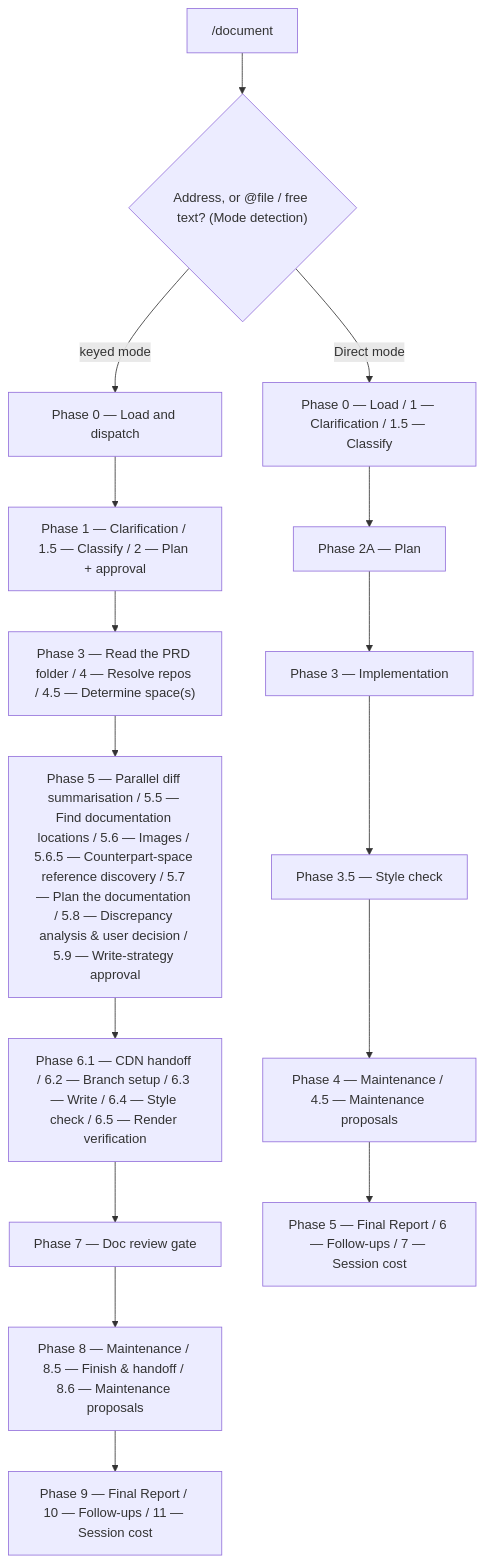
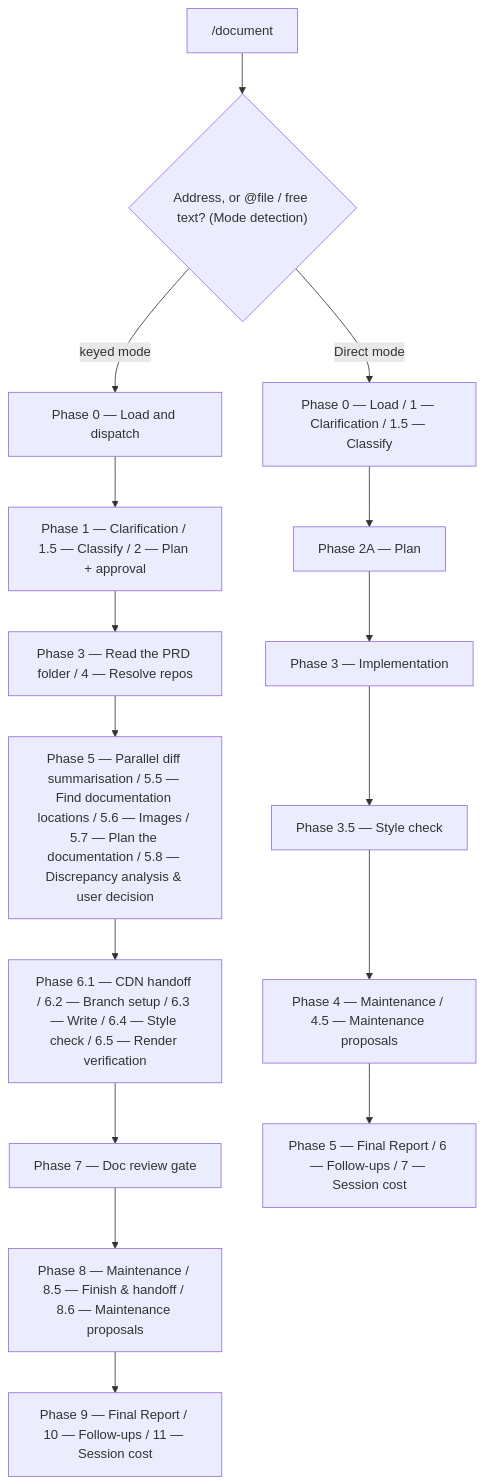
One commit to ihudak/ihudak-claude-plugins changed the diagram in plugins/dev-workflows/docs/commands/document.md. Above: the diagram before and after it, drawn with Mermaid. The commit also changed other lines of this file and 63 other files, not shown here.

````diff
--- a/plugins/dev-workflows/docs/commands/document.md
+++ b/plugins/dev-workflows/docs/commands/document.md
@@ -29,18 +29,18 @@
 ```mermaid
 flowchart TD
     IN["/document"] --> MD{"Address, or @file / free text? (Mode detection)"}
     MD -- "keyed mode" --> A0["Phase 0 — Load and dispatch"]
     A0 --> A12["Phase 1 — Clarification / 1.5 — Classify / 2 — Plan + approval"]
-    A12 --> A345["Phase 3 — Read the PRD folder / 4 — Resolve repos / 4.5 — Determine space(s)"]
-    A345 --> A59["Phase 5 — Parallel diff summarisation / 5.5 — Find documentation locations / 5.6 — Images / 5.6.5 — Counterpart-space reference discovery / 5.7 — Plan the documentation / 5.8 — Discrepancy analysis & user decision / 5.9 — Write-strategy approval"]
+    A12 --> A345["Phase 3 — Read the PRD folder / 4 — Resolve repos"]
+    A345 --> A59["Phase 5 — Parallel diff summarisation / 5.5 — Find documentation locations / 5.6 — Images / 5.7 — Plan the documentation / 5.8 — Discrepancy analysis & user decision"]
     A59 --> A665["Phase 6.1 — CDN handoff / 6.2 — Branch setup / 6.3 — Write / 6.4 — Style check / 6.5 — Render verification"]
     A665 --> A7["Phase 7 — Doc review gate"]
     A7 --> A886["Phase 8 — Maintenance / 8.5 — Finish & handoff / 8.6 — Maintenance proposals"]
     A886 --> A911["Phase 9 — Final Report / 10 — Follow-ups / 11 — Session cost"]
     MD -- "Direct mode" --> B01["Phase 0 — Load / 1 — Clarification / 1.5 — Classify"]
     B01 --> B2["Phase 2A — Plan"]
     B2 --> B3["Phase 3 — Implementation"]
     B3 --> B35["Phase 3.5 — Style check"]
     B35 --> B445["Phase 4 — Maintenance / 4.5 — Maintenance proposals"]
     B445 --> B57["Phase 5 — Final Report / 6 — Follow-ups / 7 — Session cost"]
 ```
````
